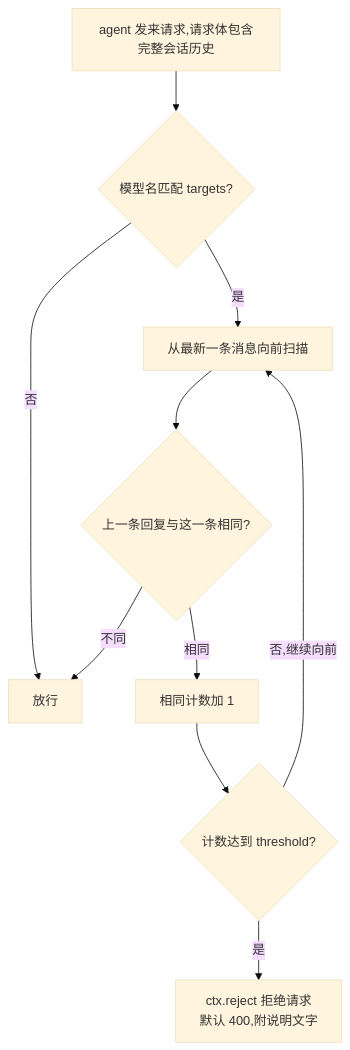
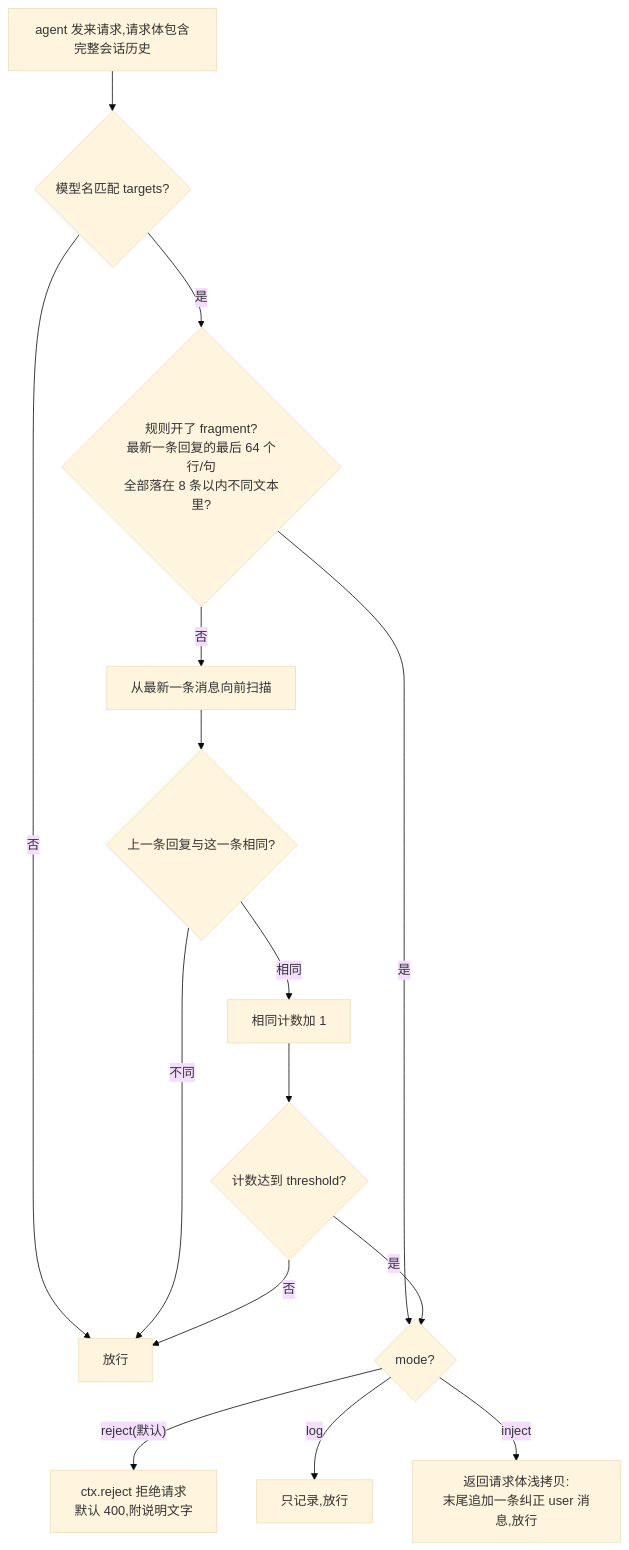
The diagram in README.md (StrayDragon/magpie-loop-guard), drawn with Mermaid (base theme) before and after one commit. The commit also changed other lines of this file and 8 other files, not shown here.

Commit message:
loop-guard: preset inject mode and in-reply fragment detection (1.1.0)

````diff
--- a/README.md
+++ b/README.md
@@ -15,12 +20,17 @@
 ```mermaid
 flowchart TD
     A["agent 发来请求,请求体包含完整会话历史"] --> B{"模型名匹配 targets?"}
     B -->|"否"| Z["放行"]
-    B -->|"是"| C["从最新一条消息向前扫描"]
-    C --> D{"上一条回复与这一条相同?"}
-    D -->|"不同"| Z
-    D -->|"相同"| E["相同计数加 1"]
-    E --> F{"计数达到 threshold?"}
-    F -->|"是"| G["ctx.reject 拒绝请求<br/>默认 400,附说明文字"]
-    F -->|"否,继续向前"| C
+    B -->|"是"| C{"规则开了 fragment?<br/>最新一条回复的最后 64 个行/句<br/>全部落在 8 条以内不同文本里?"}
+    C -->|"是"| H{"mode?"}
+    C -->|"否"| D["从最新一条消息向前扫描"]
+    D --> E{"上一条回复与这一条相同?"}
+    E -->|"不同"| Z
+    E -->|"相同"| F["相同计数加 1"]
+    F --> G{"计数达到 threshold?"}
+    G -->|"否"| Z
+    G -->|"是"| H
+    H -->|"reject(默认)"| R["ctx.reject 拒绝请求<br/>默认 400,附说明文字"]
+    H -->|"log"| L["只记录,放行"]
+    H -->|"inject"| I["返回请求体浅拷贝:<br/>末尾追加一条纠正 user 消息,放行"]
 ```
````
